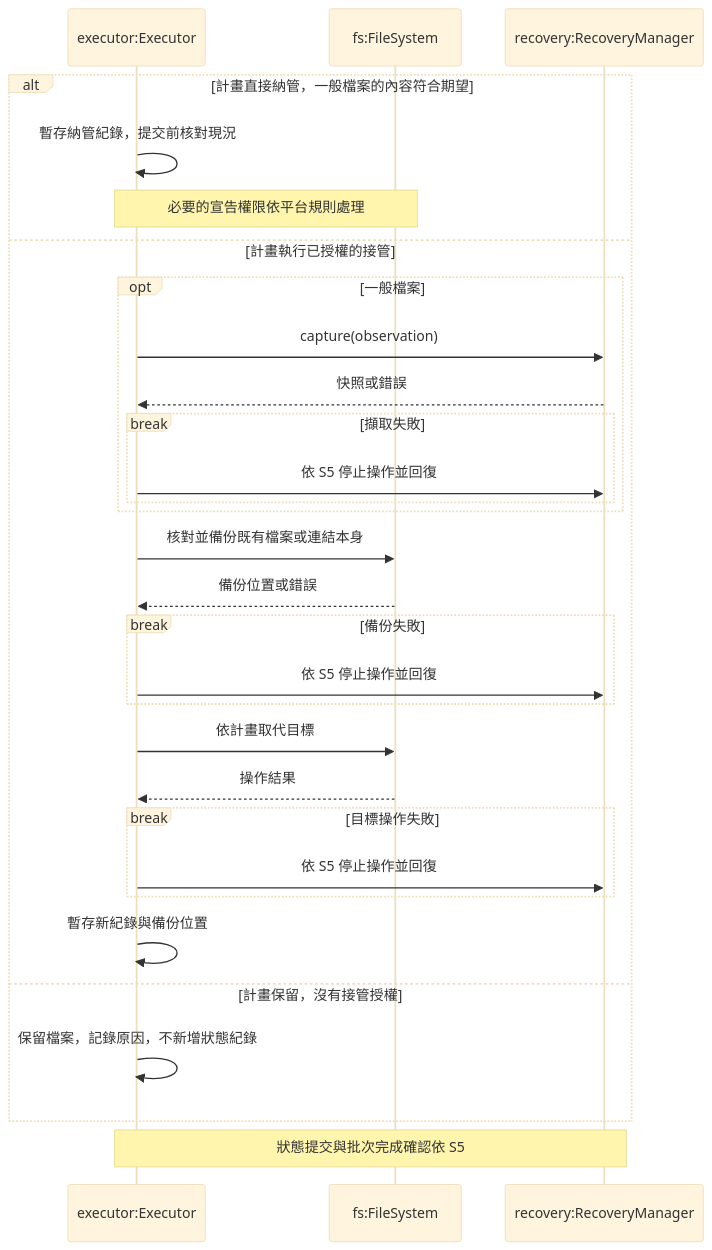
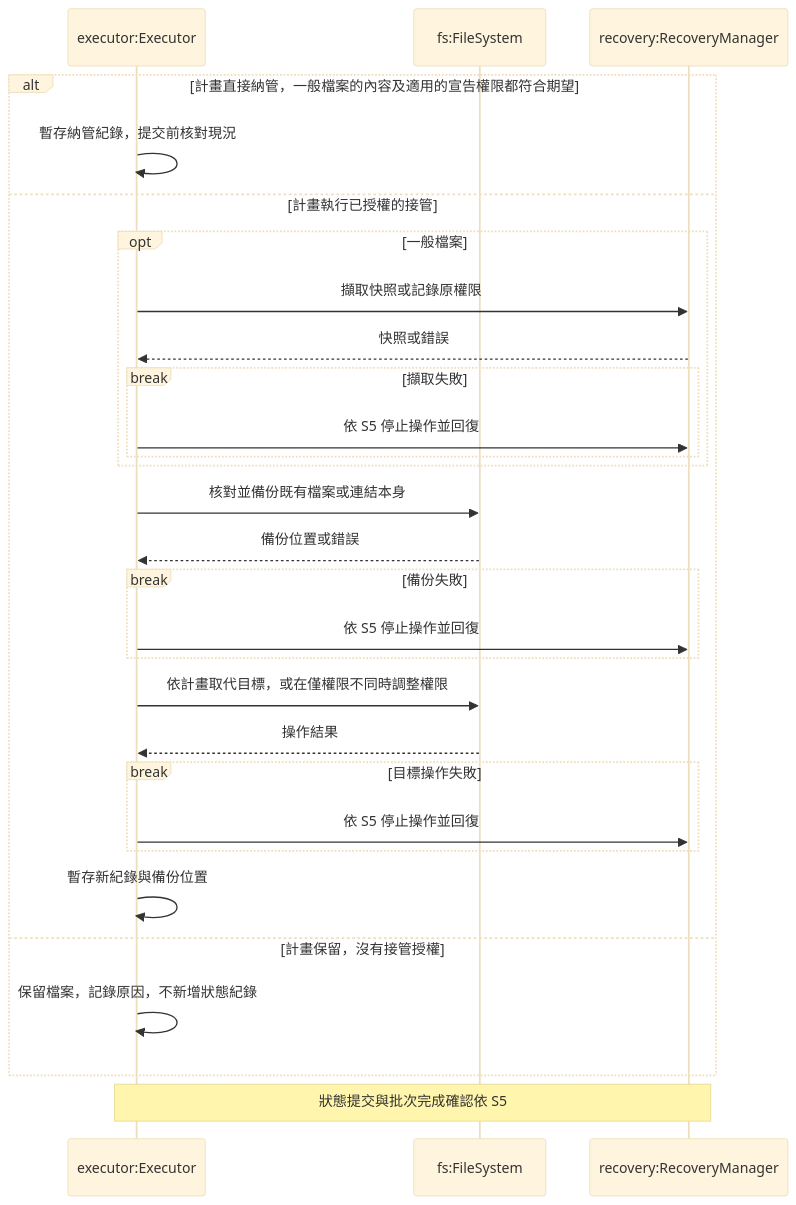
One commit to accidental-two-timer-sam-woof/rosamta-waterfall changed the sixth of 10 diagrams in docs/03-preliminary-design/uml.md. Above: the diagram before and after it, drawn with Mermaid (base theme). The commit also changed other lines of this file and 6 other files, not shown here.

````diff
--- a/docs/03-preliminary-design/uml.md
+++ b/docs/03-preliminary-design/uml.md
@@ -509,32 +509,31 @@
 ```mermaid
 sequenceDiagram
     participant E as executor:Executor
     participant F as fs:FileSystem
     participant R as recovery:RecoveryManager
-    alt 計畫直接納管，一般檔案的內容符合期望
+    alt 計畫直接納管，一般檔案的內容及適用的宣告權限都符合期望
         E->>E: 暫存納管紀錄，提交前核對現況
-        Note over E,F: 必要的宣告權限依平台規則處理
     else 計畫執行已授權的接管
         opt 一般檔案
-            E->>R: capture(observation)
+            E->>R: 擷取快照或記錄原權限
             R-->>E: 快照或錯誤
             break 擷取失敗
                 E->>R: 依 S5 停止操作並回復
             end
         end
         E->>F: 核對並備份既有檔案或連結本身
         F-->>E: 備份位置或錯誤
         break 備份失敗
             E->>R: 依 S5 停止操作並回復
         end
-        E->>F: 依計畫取代目標
+        E->>F: 依計畫取代目標，或在僅權限不同時調整權限
         F-->>E: 操作結果
         break 目標操作失敗
             E->>R: 依 S5 停止操作並回復
         end
         E->>E: 暫存新紀錄與備份位置
     else 計畫保留，沒有接管授權
         E->>E: 保留檔案，記錄原因，不新增狀態紀錄
     end
     Note over E,R: 狀態提交與批次完成確認依 S5
 ```
````
